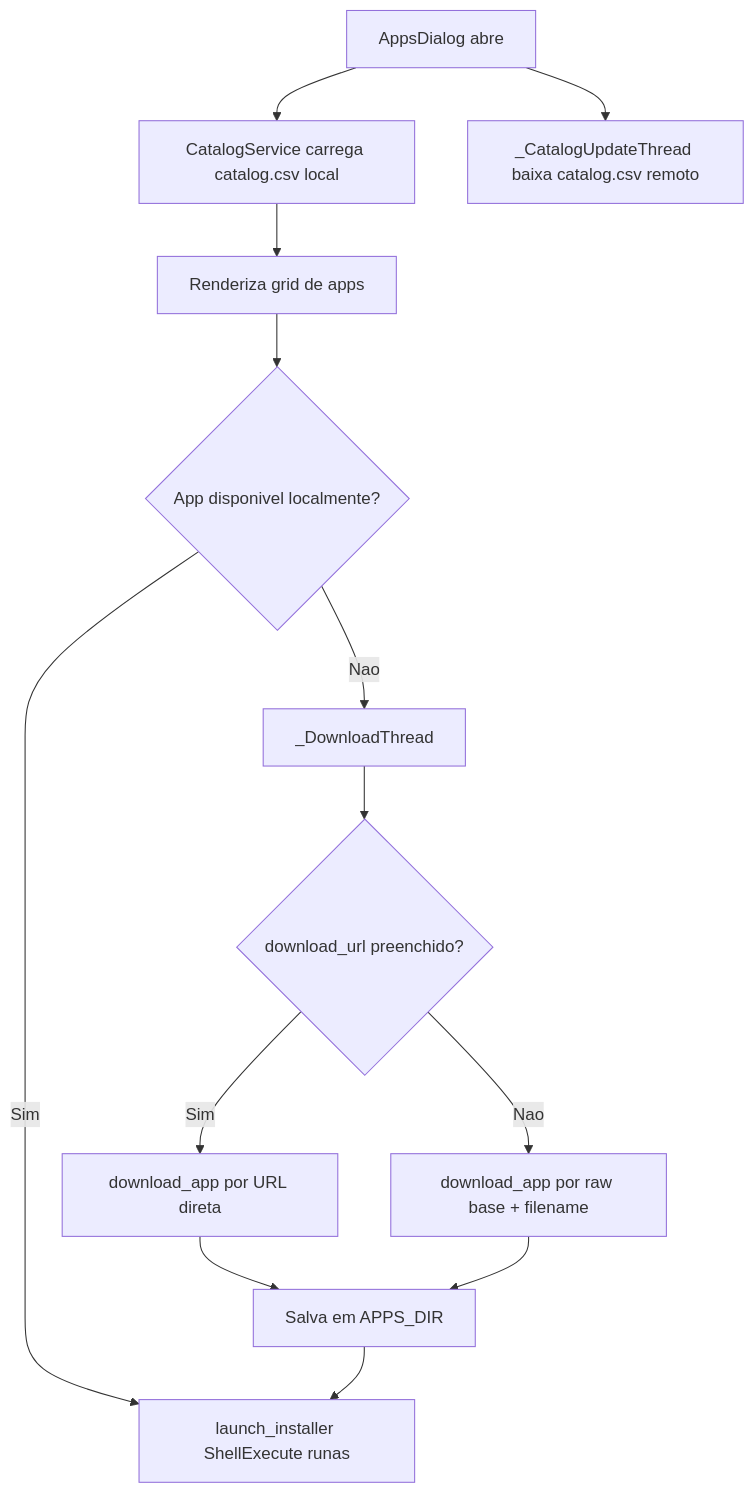
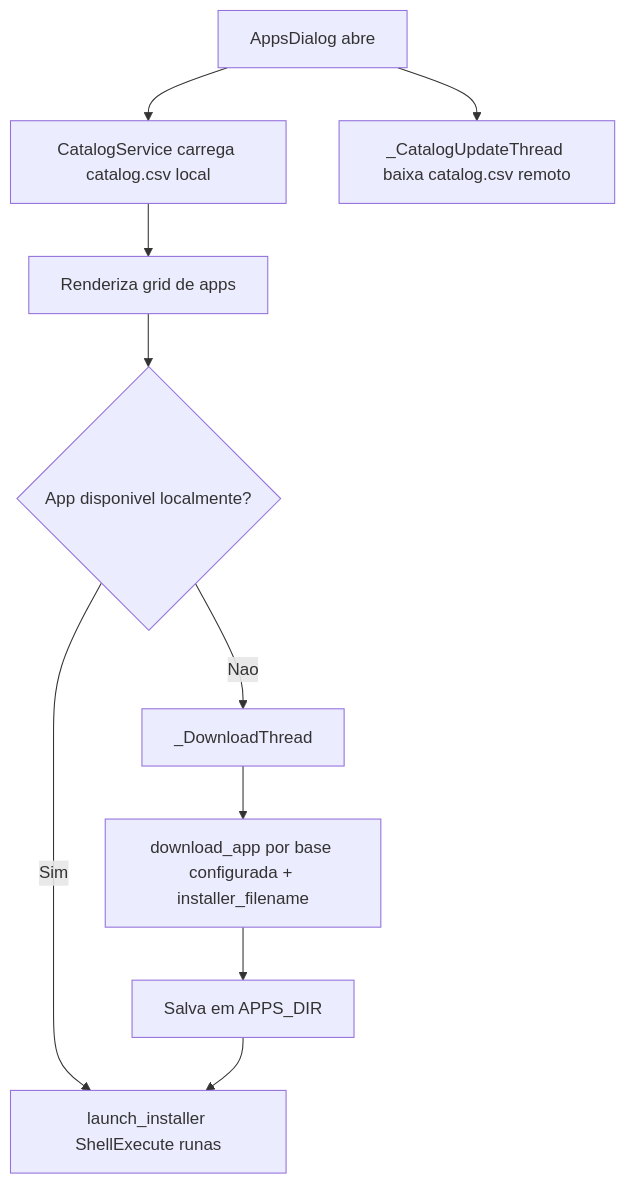
Before and after one commit to valter-junnior/sas-caema: the fourth of 7 diagrams in docs/diagramas.md, drawn with Mermaid. The commit also changed 14 other files, not shown here.

Commit message:
feat: refactor app installer download flow to use centralized base URL and simplify catalog structure

````diff
--- a/docs/diagramas.md
+++ b/docs/diagramas.md
@@ -80,18 +80,15 @@
 ```mermaid
 flowchart TD
     A[AppsDialog abre] --> B[CatalogService carrega catalog.csv local]
     A --> C[_CatalogUpdateThread baixa catalog.csv remoto]
     B --> D[Renderiza grid de apps]
 
     D --> E{App disponivel localmente?}
     E -- Sim --> F[launch_installer ShellExecute runas]
     E -- Nao --> G[_DownloadThread]
 
-    G --> H{download_url preenchido?}
-    H -- Sim --> I[download_app por URL direta]
-    H -- Nao --> J[download_app por raw base + filename]
+    G --> H[download_app por base configurada + installer_filename]
 
-    I --> K[Salva em APPS_DIR]
-    J --> K
+    H --> K[Salva em APPS_DIR]
     K --> F
 ```
````
